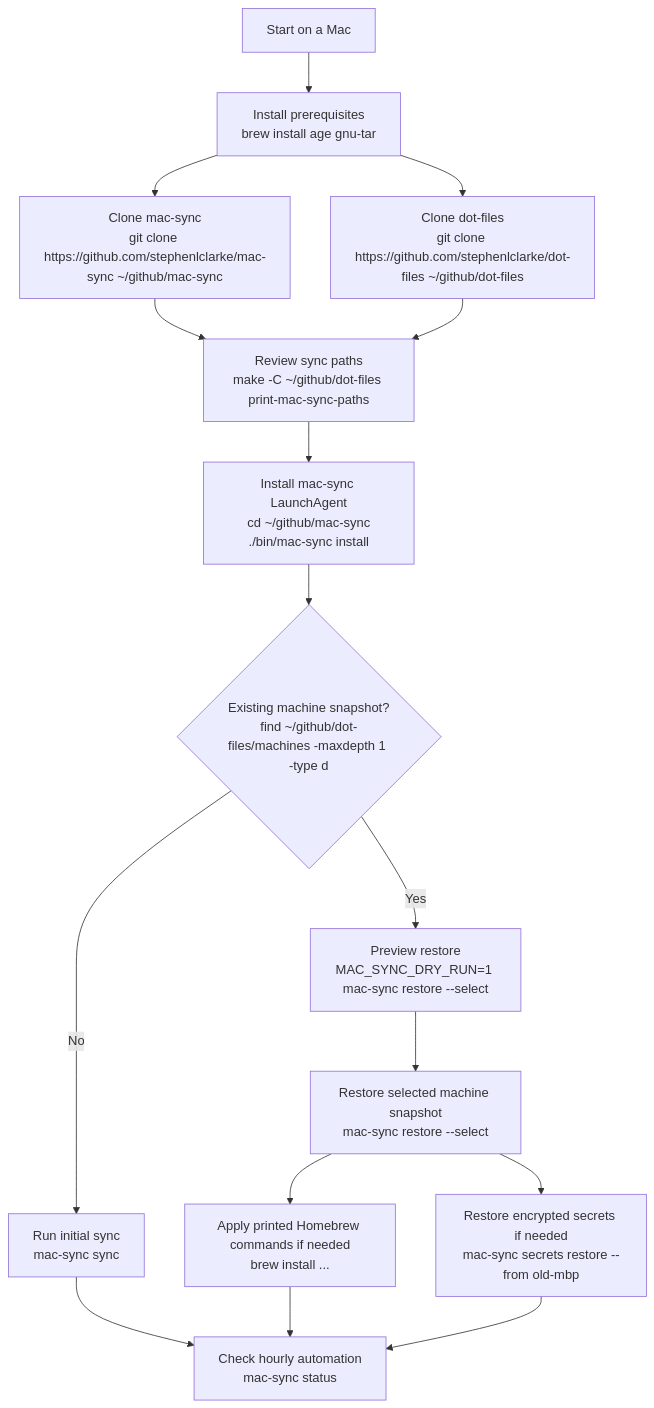
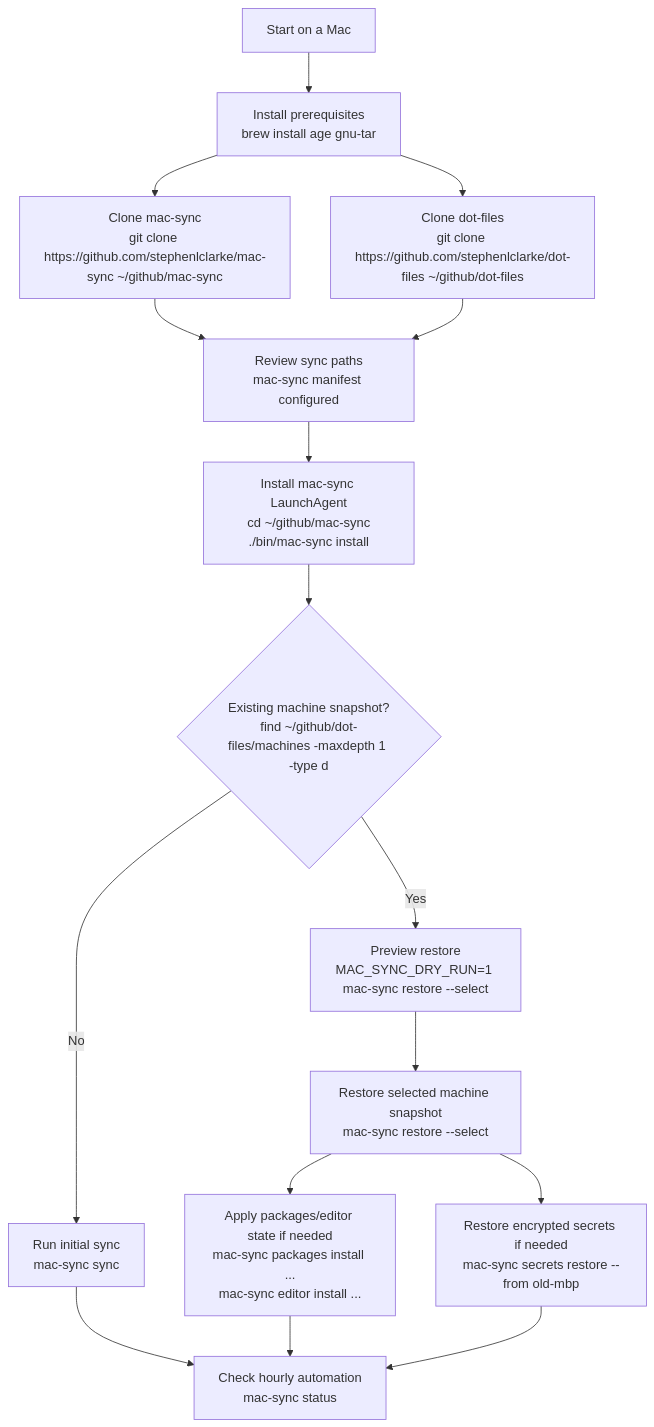
Before and after one commit to stephenlclarke/mac-sync: the first of 4 diagrams in WORKFLOW.md, drawn with Mermaid. The commit also changed other lines of this file and 8 other files, not shown here.

Commit message:
feat: move restore operations into mac-sync

````diff
--- a/WORKFLOW.md
+++ b/WORKFLOW.md
@@ -16,18 +17,18 @@
 ```mermaid
 flowchart TD
   A["Start on a Mac"] --> B["Install prerequisites<br/>brew install age gnu-tar"]
   B --> C["Clone mac-sync<br/>git clone https://github.com/stephenlclarke/mac-sync ~/github/mac-sync"]
   B --> D["Clone dot-files<br/>git clone https://github.com/stephenlclarke/dot-files ~/github/dot-files"]
-  C --> E["Review sync paths<br/>make -C ~/github/dot-files print-mac-sync-paths"]
+  C --> E["Review sync paths<br/>mac-sync manifest configured"]
   D --> E
   E --> F["Install mac-sync LaunchAgent<br/>cd ~/github/mac-sync<br/>./bin/mac-sync install"]
   F --> G{"Existing machine snapshot?<br/>find ~/github/dot-files/machines -maxdepth 1 -type d"}
   G -- "No" --> H["Run initial sync<br/>mac-sync sync"]
   G -- "Yes" --> I["Preview restore<br/>MAC_SYNC_DRY_RUN=1 mac-sync restore --select"]
   I --> J["Restore selected machine snapshot<br/>mac-sync restore --select"]
-  J --> K["Apply printed Homebrew commands if needed<br/>brew install ..."]
+  J --> K["Apply packages/editor state if needed<br/>mac-sync packages install ...<br/>mac-sync editor install ..."]
   J --> L["Restore encrypted secrets if needed<br/>mac-sync secrets restore --from old-mbp"]
   H --> M["Check hourly automation<br/>mac-sync status"]
   K --> M
   L --> M
 ```
````
